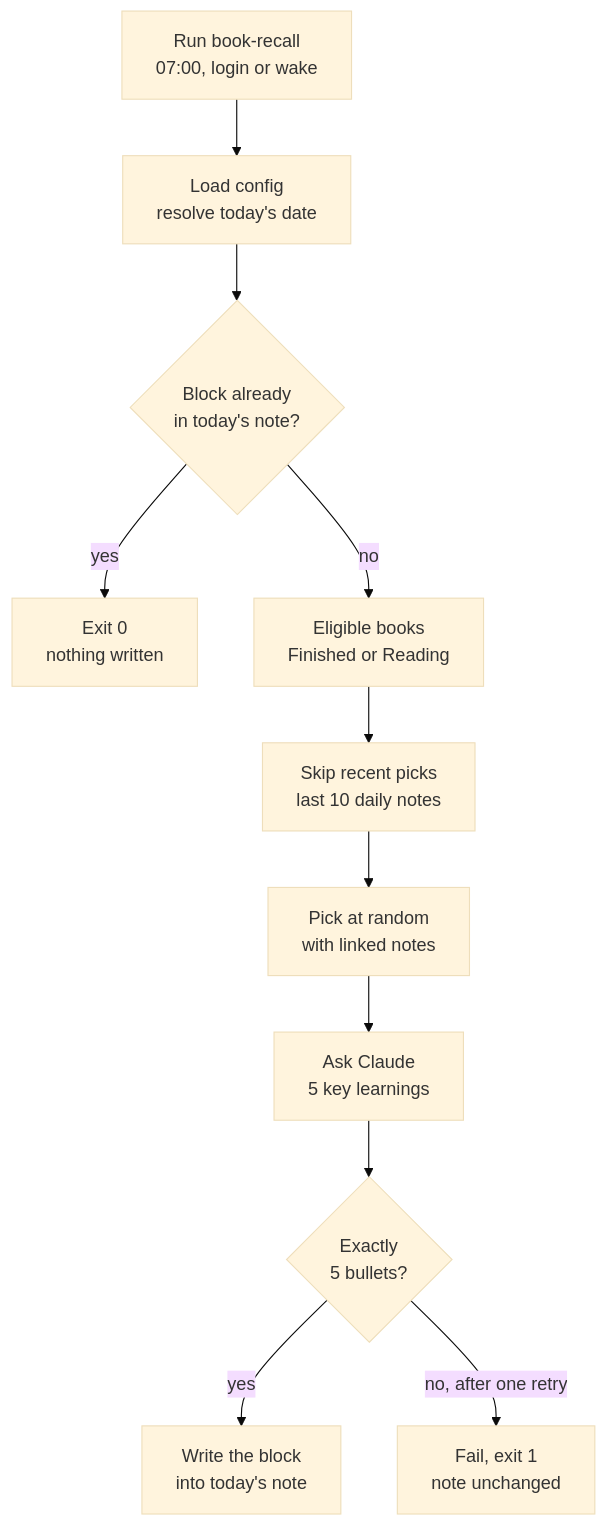
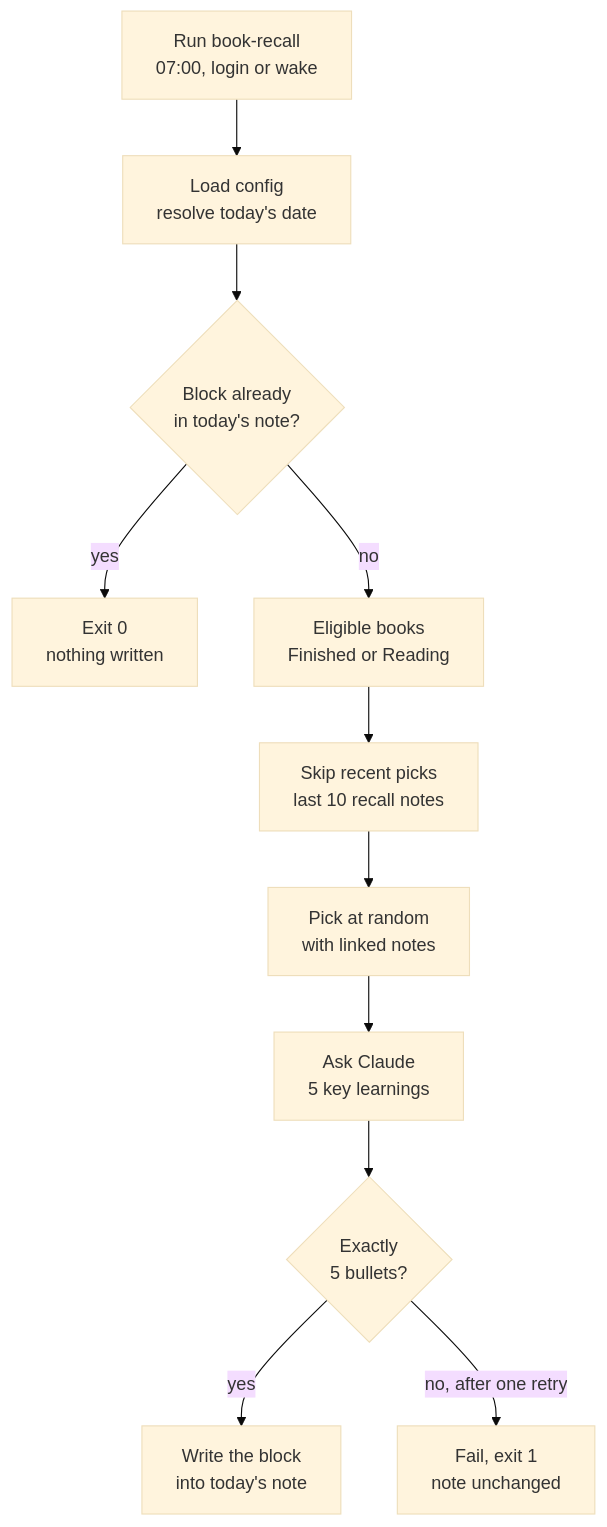
Before and after one commit to dannycurrie/obsidian-utils: the diagram in features/Daily Book Recall — Feature Brief.md, drawn with Mermaid (base theme). The commit also changed other lines of this file and 14 other files, not shown here.

First line of the commit message:
book-recall: write each recall to its own note, not the daily note

````diff
--- a/features/Daily Book Recall — Feature Brief.md
+++ b/features/Daily Book Recall — Feature Brief.md
@@ -70,13 +75,13 @@
 ```mermaid
 flowchart TD
     run["Run book-recall<br/>07:00, login or wake"] --> config["Load config<br/>resolve today's date"]
     config --> done{"Block already<br/>in today's note?"}
     done -- yes --> exit["Exit 0<br/>nothing written"]
     done -- no --> eligible["Eligible books<br/>Finished or Reading"]
-    eligible --> recent["Skip recent picks<br/>last 10 daily notes"]
+    eligible --> recent["Skip recent picks<br/>last 10 recall notes"]
     recent --> pick["Pick at random<br/>with linked notes"]
     pick --> claude["Ask Claude<br/>5 key learnings"]
     claude --> valid{"Exactly<br/>5 bullets?"}
     valid -- yes --> write["Write the block<br/>into today's note"]
     valid -- "no, after one retry" --> fail["Fail, exit 1<br/>note unchanged"]
 ```
````
